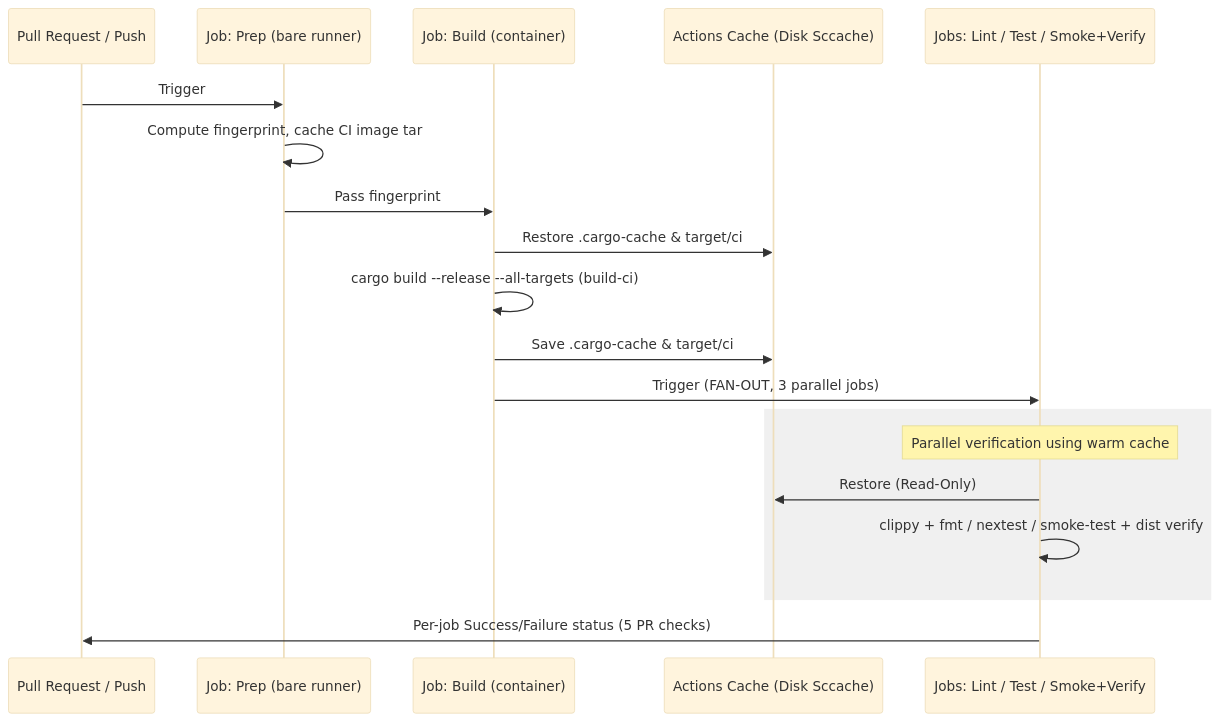
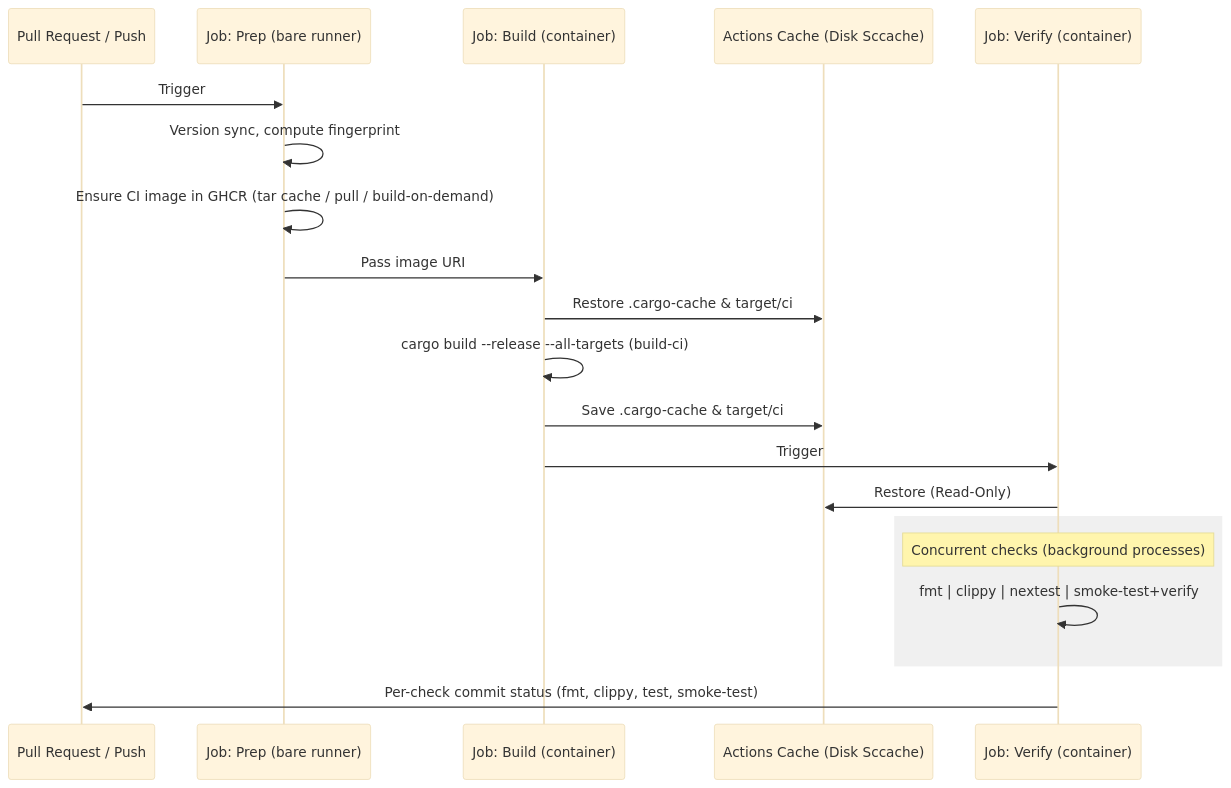
The first of 2 diagrams in docs/developer-guide/04-infrastructure/automation.md (softmentor/kroki-rs), drawn with Mermaid (base theme) before and after one commit. The commit also changed other lines of this file and 2 other files, not shown here.

````diff
--- a/docs/developer-guide/04-infrastructure/automation.md
+++ b/docs/developer-guide/04-infrastructure/automation.md
@@ -24,25 +35,25 @@
 ```mermaid
 sequenceDiagram
     participant PR as Pull Request / Push
     participant Prep as Job: Prep (bare runner)
     participant Build as Job: Build (container)
     participant Cache as Actions Cache (Disk Sccache)
-    participant Verify as Jobs: Lint / Test / Smoke+Verify
+    participant Verify as Job: Verify (container)
 
     PR->>Prep: Trigger
-    Prep->>Prep: Compute fingerprint, cache CI image tar
-    Prep->>Build: Pass fingerprint
+    Prep->>Prep: Version sync, compute fingerprint
+    Prep->>Prep: Ensure CI image in GHCR (tar cache / pull / build-on-demand)
+    Prep->>Build: Pass image URI
 
     Build->>Cache: Restore .cargo-cache & target/ci
     Build->>Build: cargo build --release --all-targets (build-ci)
     Build->>Cache: Save .cargo-cache & target/ci
-    Build->>Verify: Trigger (FAN-OUT, 3 parallel jobs)
+    Build->>Verify: Trigger
 
+    Verify->>Cache: Restore (Read-Only)
     rect rgb(240, 240, 240)
-    Note over Verify: Parallel verification using warm cache
-    Verify->>Cache: Restore (Read-Only)
-    Verify->>Verify: clippy + fmt / nextest / smoke-test + dist verify
+    Note over Verify: Concurrent checks (background processes)
+    Verify->>Verify: fmt | clippy | nextest | smoke-test+verify
     end
-
-    Verify->>PR: Per-job Success/Failure status (5 PR checks)
+    Verify->>PR: Per-check commit status (fmt, clippy, test, smoke-test)
 ```
````
